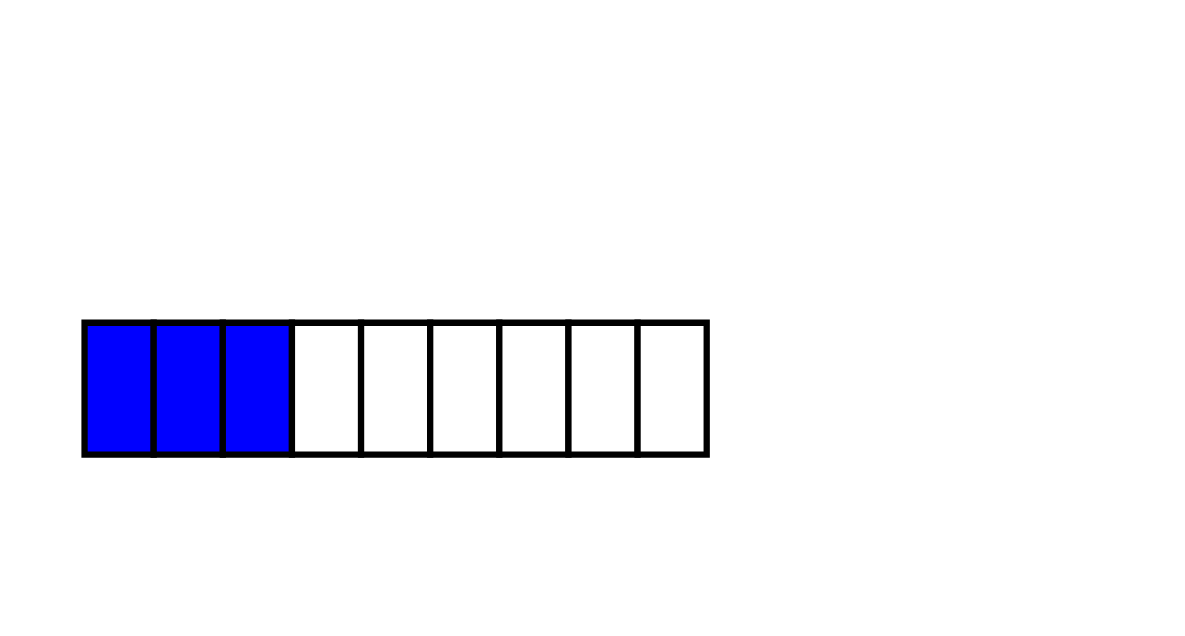
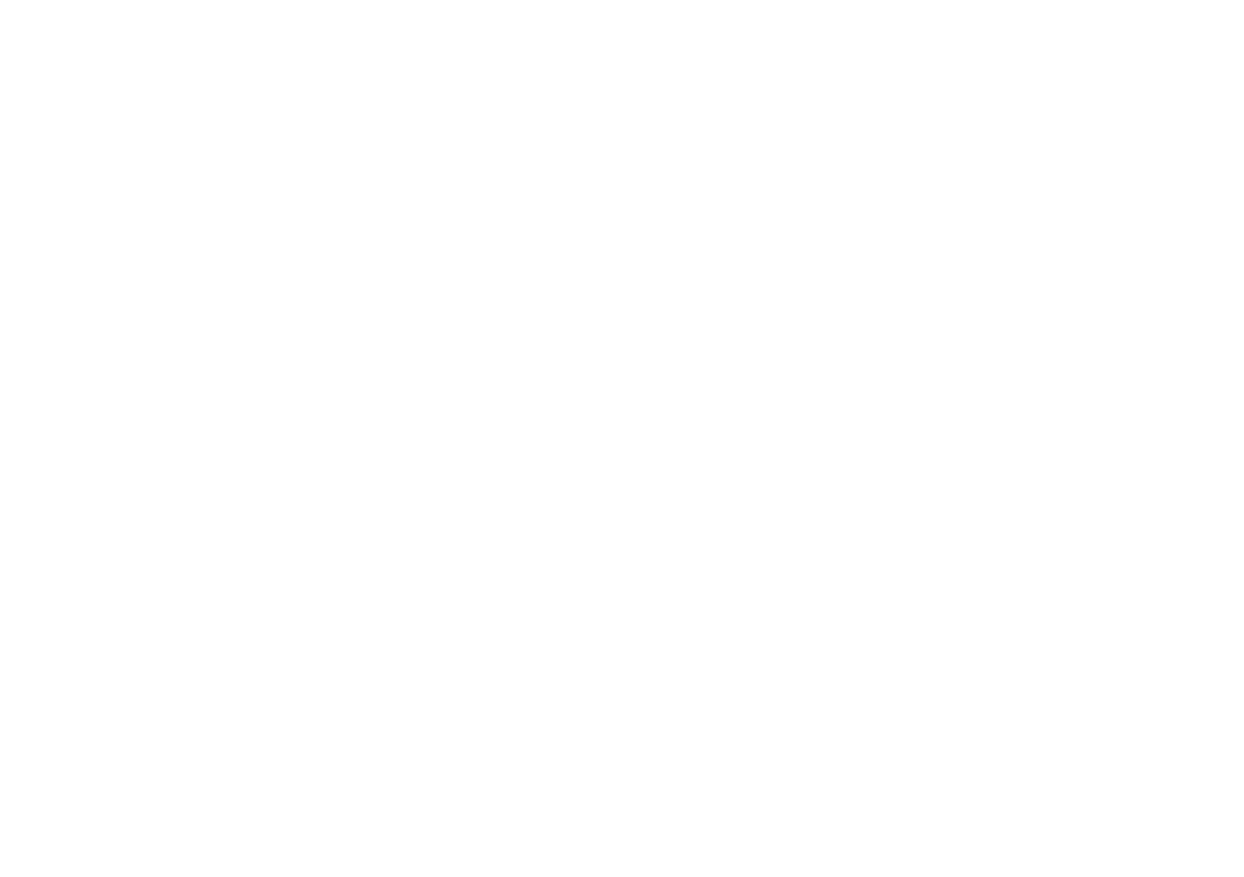
Before and after one commit to inponomarev/kafka-hjs: diagram 18 of 46 in lecture.adoc, drawn with Graphviz. The commit also changed other lines of this file and 3 other files, not shown here.

```diff
--- a/lecture.adoc
+++ b/lecture.adoc
@@ -988,28 +985,34 @@
 [graphviz,offcommit5,png]
 ----
 digraph G {
    graph [ dpi = 200 ];
     rankdir="LR"
-   Consumer2[shape="circle",label="C1", style="filled"]
-   Consumer[shape="circle",label="C2"]
+    subgraph cluster_s2{
+        Consumer[shape="circle",style="rounded",label="C1", style="filled"];
+        Consumer2[shape="circle",style="rounded",label="C2"]
+        style="rounded";
+        label="Group"
+   }
+    
+
     Ledger
     [
         shape = none
         label = <<table border="0" cellspacing="0">
                     <tr>
                     <td border="1" bgcolor="blue">&nbsp;</td>
                     <td border="1" bgcolor="blue">&nbsp;</td>
                     <td border="1" bgcolor="blue">&nbsp;</td>
                     <td border="1" bgcolor="white">&nbsp;</td>
                     <td border="1" bgcolor="white">&nbsp;</td>
                     <td border="1" bgcolor="white">&nbsp;</td>
                     <td border="1" bgcolor="white">&nbsp;</td>
                     <td border="1" bgcolor="white">&nbsp;</td>
                     <td border="1" bgcolor="white">&nbsp;</td>
                     </tr>
                 </table>>
     ]
-   Ledger->Consumer[dir=back] 
-    Ledger->Consumer2[dir=back, style="invis"]
+    Ledger->Consumer[dir=back, style="invis"]
+    Ledger->Consumer2[dir=back] 
 }
 ----
```
